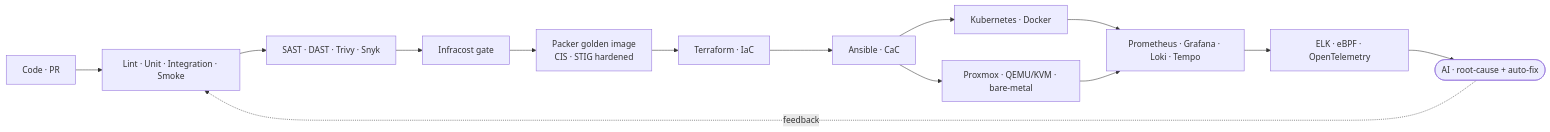
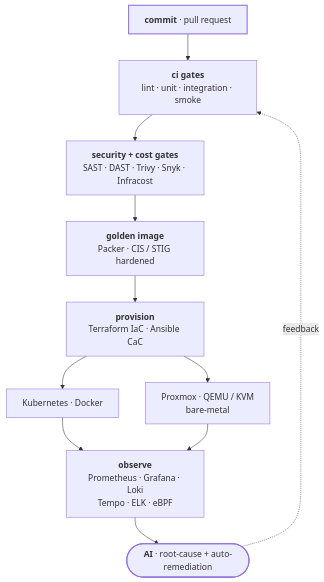
Before and after one commit to umars28/umars28: the diagram in README.md, drawn with Mermaid. The commit also changed other lines of this file, not shown here.

Commit message:
Fix pipeline diagram readability and drop dead stat cards
Switch the mermaid flowchart to top-down so it is not scaled down to
an unreadable size in the ~640px profile column. The github-readme-stats
instance returns 503 (deployment paused), so replace the broken cards
with shields.io badges.

````diff
--- a/README.md
+++ b/README.md
@@ -35,16 +35,23 @@
 ```mermaid
-flowchart LR
-    A["Code · PR"] --> B["Lint · Unit · Integration · Smoke"]
-    B --> C["SAST · DAST · Trivy · Snyk"]
-    C --> D["Infracost gate"]
-    D --> E["Packer golden image<br/>CIS · STIG hardened"]
-    E --> F["Terraform · IaC"]
-    F --> G["Ansible · CaC"]
-    G --> H["Kubernetes · Docker"]
-    G --> I["Proxmox · QEMU/KVM · bare-metal"]
-    H --> J["Prometheus · Grafana · Loki · Tempo"]
-    I --> J
-    J --> K["ELK · eBPF · OpenTelemetry"]
-    K --> L(["AI · root-cause + auto-fix"])
-    L -.->|feedback| B
+flowchart TB
+    A["<b>commit</b> · pull request"]
+    B["<b>ci gates</b><br/>lint · unit · integration · smoke"]
+    C["<b>security + cost gates</b><br/>SAST · DAST · Trivy · Snyk · Infracost"]
+    D["<b>golden image</b><br/>Packer · CIS / STIG hardened"]
+    E["<b>provision</b><br/>Terraform IaC · Ansible CaC"]
+    F["Kubernetes · Docker"]
+    G["Proxmox · QEMU / KVM<br/>bare-metal"]
+    H["<b>observe</b><br/>Prometheus · Grafana · Loki<br/>Tempo · ELK · eBPF"]
+    I(["<b>AI</b> · root-cause + auto-remediation"])
+
+    A --> B --> C --> D --> E
+    E --> F
+    E --> G
+    F --> H
+    G --> H
+    H --> I
+    I -.->|feedback| B
+
+    classDef edge stroke-width:2px
+    class A,I edge
 ```
````
